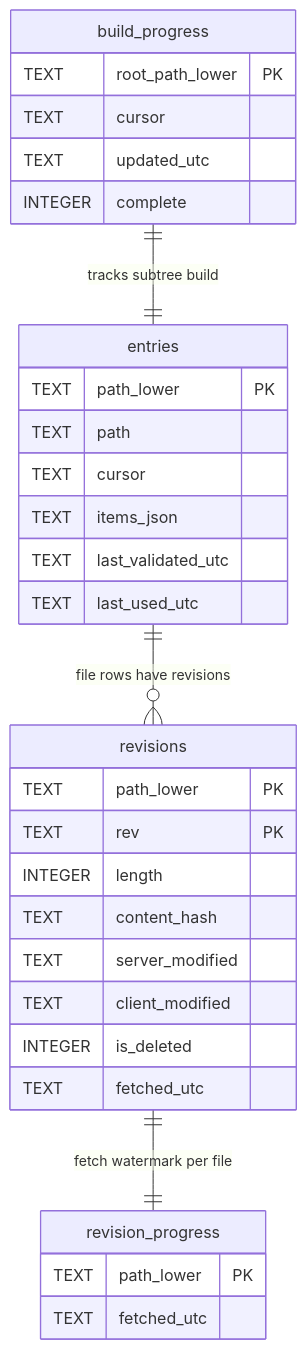
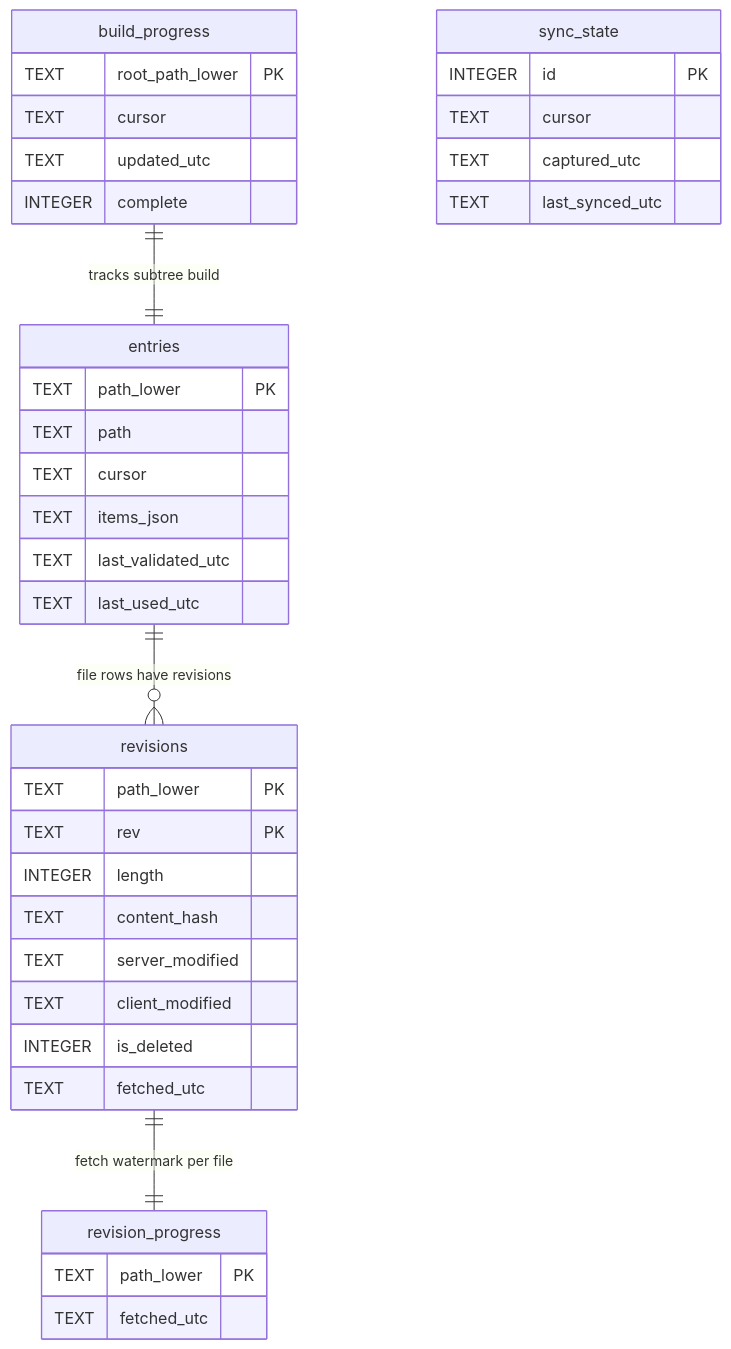
One commit to MarkMichaelis/DbxProvider changed the diagram in src/IntelliTect.Dropbox.Core/README.md. Above: the diagram before and after it, drawn with Mermaid. The commit also changed other lines of this file and 6 other files, not shown here.

First line of the commit message:
feat(cache): incremental refresh via captured Dropbox delta cursor

````diff
--- a/src/IntelliTect.Dropbox.Core/README.md
+++ b/src/IntelliTect.Dropbox.Core/README.md
@@ -42,34 +62,40 @@
 ```mermaid
 erDiagram
     entries {
         TEXT path_lower PK
         TEXT path
         TEXT cursor
         TEXT items_json
         TEXT last_validated_utc
         TEXT last_used_utc
     }
     build_progress {
         TEXT root_path_lower PK
         TEXT cursor
         TEXT updated_utc
         INTEGER complete
     }
     revisions {
         TEXT path_lower PK
         TEXT rev PK
         INTEGER length
         TEXT content_hash
         TEXT server_modified
         TEXT client_modified
         INTEGER is_deleted
         TEXT fetched_utc
     }
     revision_progress {
         TEXT path_lower PK
         TEXT fetched_utc
     }
+    sync_state {
+        INTEGER id PK
+        TEXT cursor
+        TEXT captured_utc
+        TEXT last_synced_utc
+    }
     entries ||--o{ revisions : "file rows have revisions"
     build_progress ||--|| entries : "tracks subtree build"
     revisions ||--|| revision_progress : "fetch watermark per file"
 ```
````
